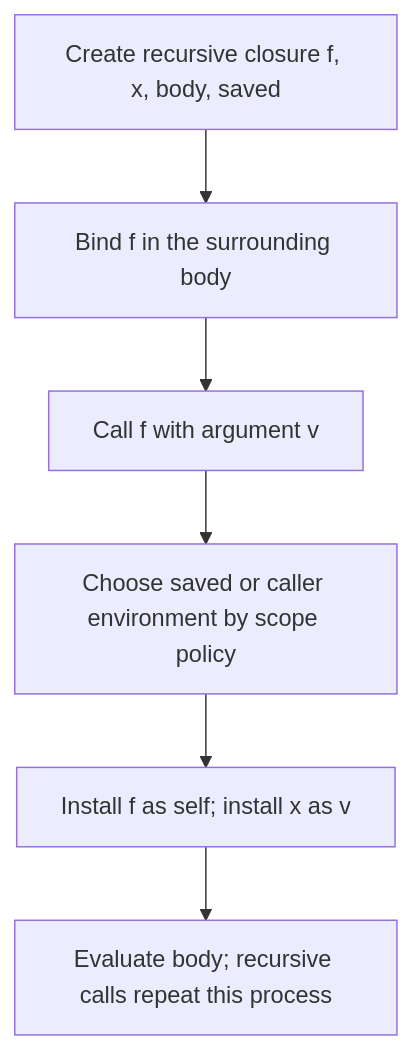
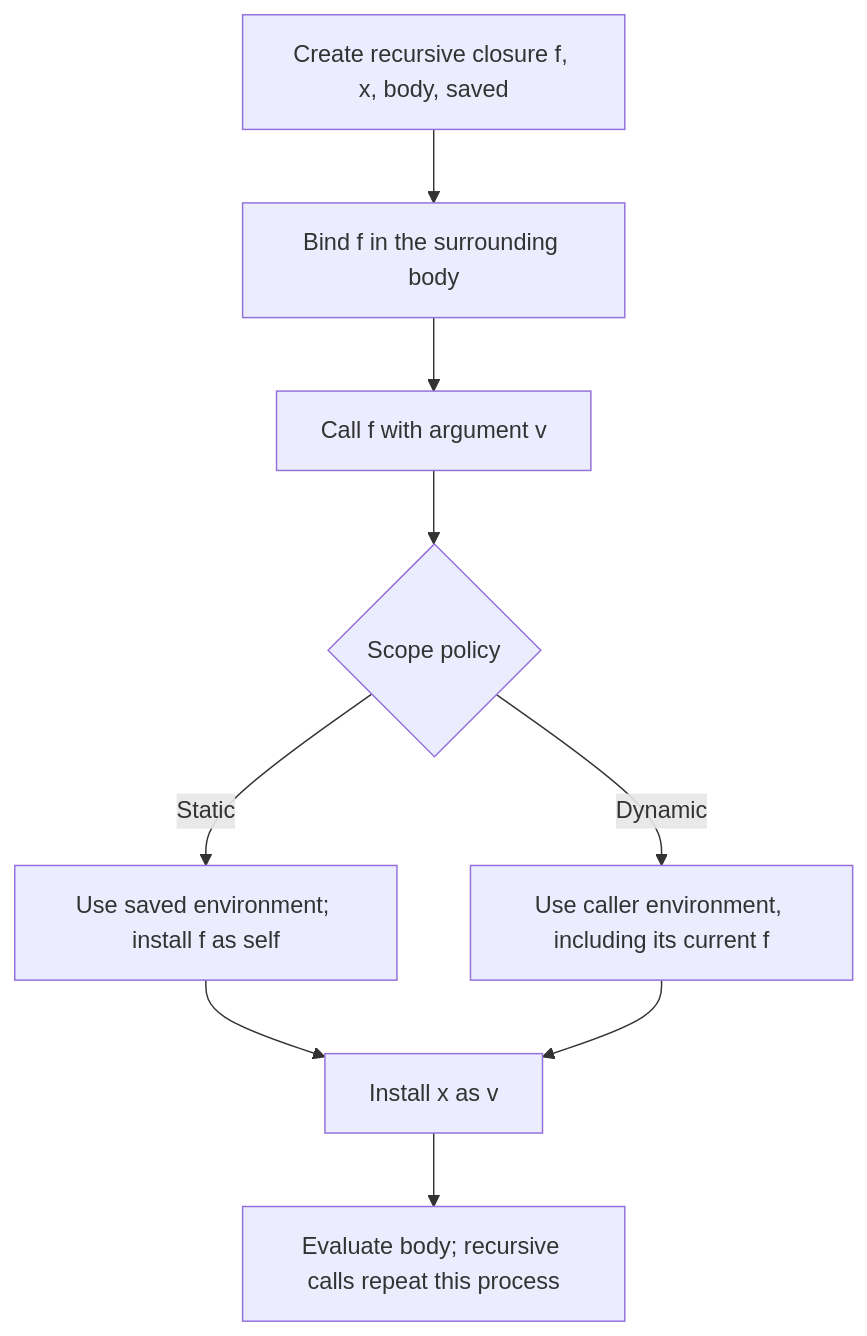
The second of 2 diagrams in book/textbook-04.md (S0lluxx26/Programming_language_book_analyze), drawn with Mermaid before and after one commit. The commit also changed other lines of this file and 28 other files, not shown here.

Commit message:
Polish textbook reading and verify dynamic recursive scope

````diff
--- a/book/textbook-04.md
+++ b/book/textbook-04.md
@@ -62,10 +62,13 @@
 ```mermaid
 flowchart TD
   accTitle: Chapter 4 - make recursion available inside its own body
-  accDescr: A recursive closure records the function name and reintroduces it on application before binding the parameter.
+  accDescr: Static scope reinstalls the recursive function from its closure; dynamic scope keeps the caller's binding. Both then bind the argument.
   A["Create recursive closure f, x, body, saved"] --> B["Bind f in the surrounding body"]
   B --> C["Call f with argument v"]
-  C --> D["Choose saved or caller environment by scope policy"]
-  D --> E["Install f as self; install x as v"]
-  E --> F["Evaluate body; recursive calls repeat this process"]
+  C --> D{"Scope policy"}
+  D -->|Static| E["Use saved environment; install f as self"]
+  D -->|Dynamic| G["Use caller environment, including its current f"]
+  E --> H["Install x as v"]
+  G --> H
+  H --> F["Evaluate body; recursive calls repeat this process"]
 ```
````
